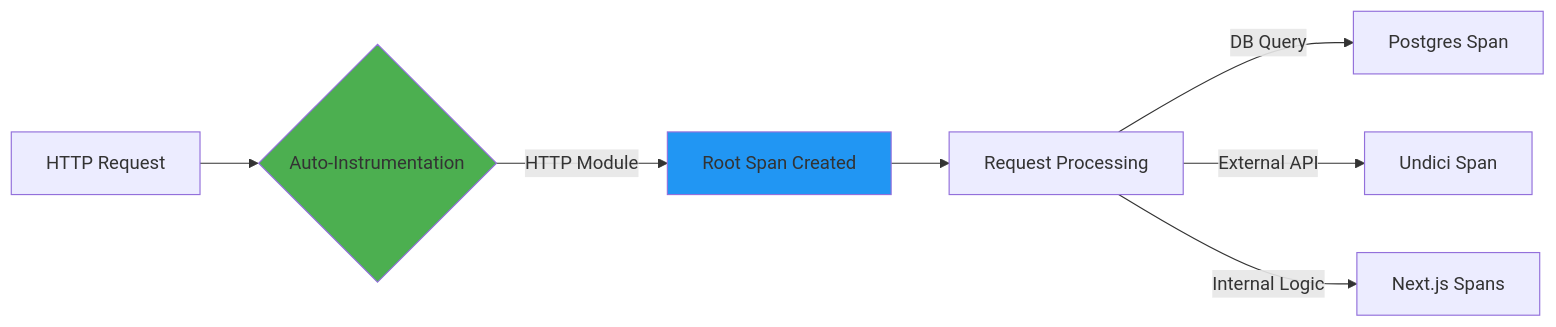
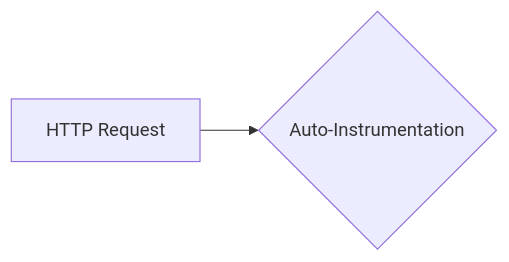
One commit to 3DHDSoft/devmultiplier-academy changed the third of 5 diagrams in doc/opentelemetry_architecture.md. Above: the diagram before and after it, drawn with Mermaid. The commit also changed other lines of this file and 19 other files, not shown here.

````diff
--- a/doc/opentelemetry_architecture.md
+++ b/doc/opentelemetry_architecture.md
@@ -282,12 +282,12 @@
 ```mermaid
 graph LR
     A[HTTP Request] --> B{Auto-Instrumentation}
-    B -->|HTTP Module| C[Root Span Created]
+%%{init: {'theme': 'default'Root Span Created]
     C --> D[Request Processing]
     D -->|DB Query| E[Postgres Span]
     D -->|External API| F[Undici Span]
     D -->|Internal Logic| G[Next.js Spans]
 
     style B fill:#4CAF50
     style C fill:#2196F3
 ```
````
